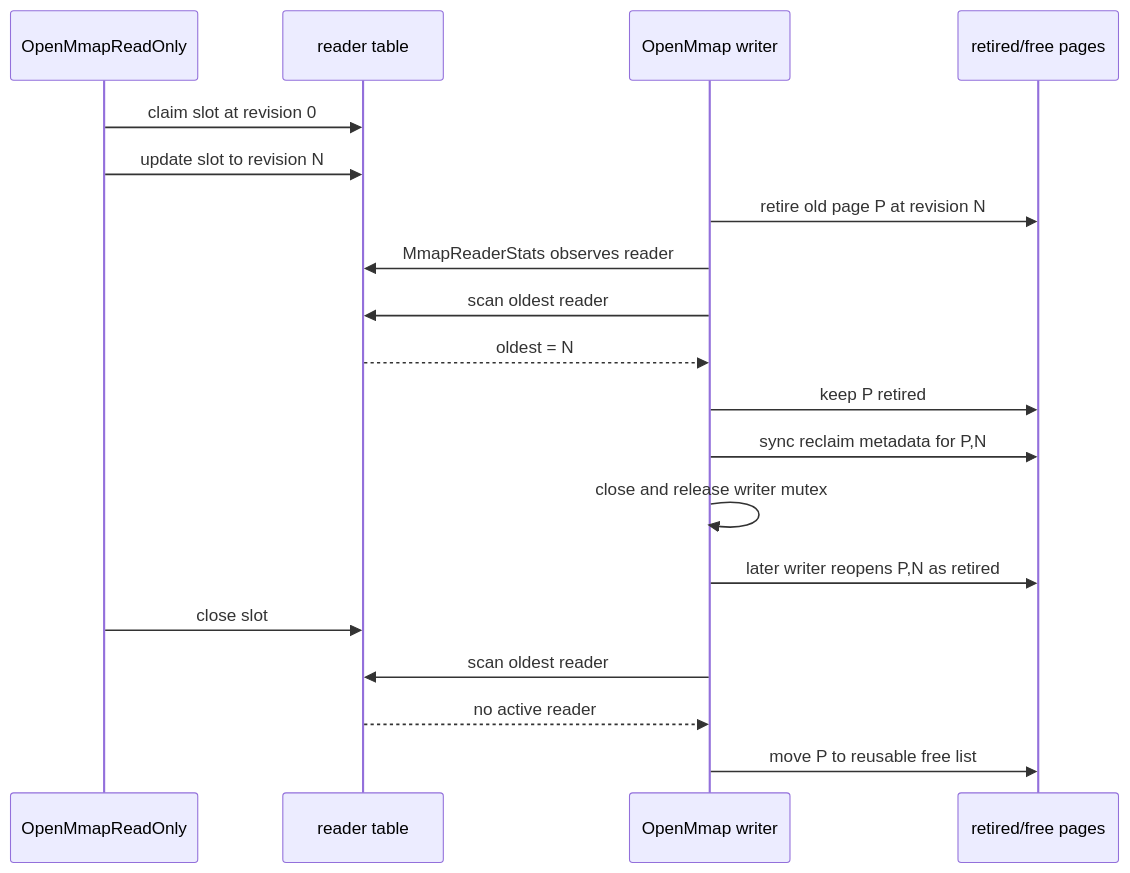
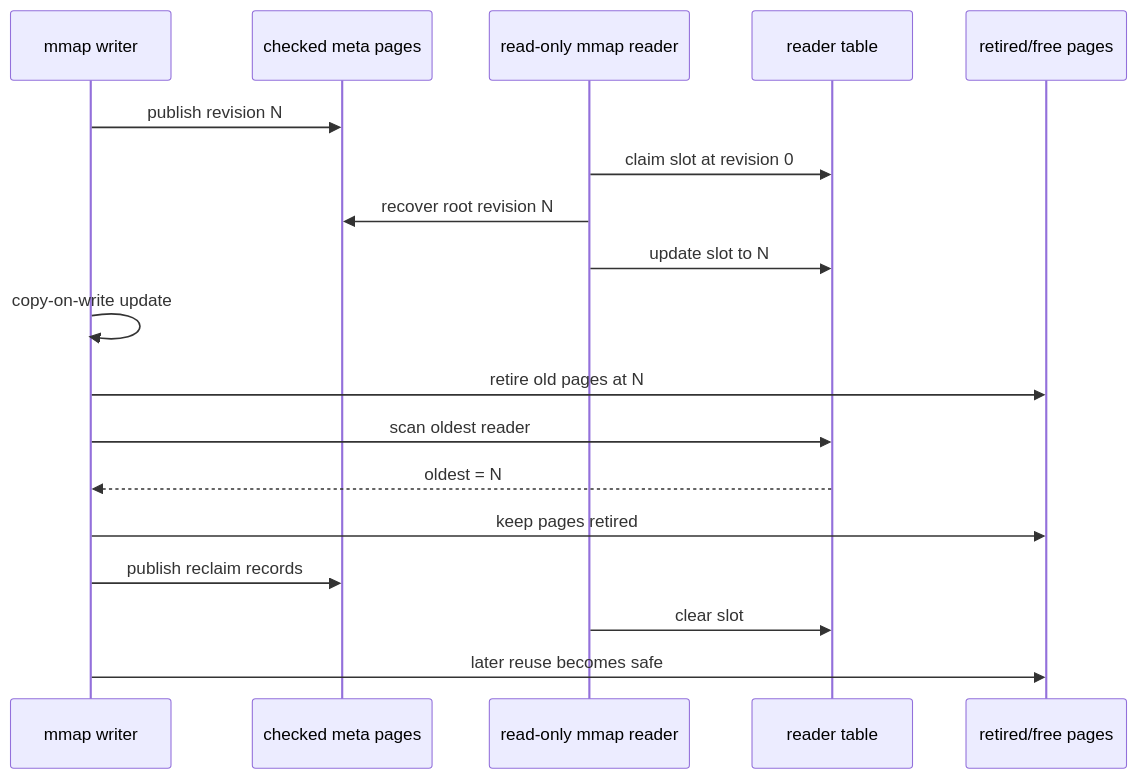
The second of 4 diagrams in docs/09-openldap-opendj-research.md (hadamrd/cow-btree-course), drawn with Mermaid before and after one commit. The commit also changed other lines of this file and 9 other files, not shown here.

````diff
--- a/docs/09-openldap-opendj-research.md
+++ b/docs/09-openldap-opendj-research.md
@@ -69,22 +84,21 @@
 ```mermaid
 sequenceDiagram
-    participant Reader as OpenMmapReadOnly
+    participant Writer as mmap writer
+    participant Meta as checked meta pages
+    participant Reader as read-only mmap reader
     participant Table as reader table
-    participant Writer as OpenMmap writer
     participant Free as retired/free pages
 
+    Writer->>Meta: publish revision N
     Reader->>Table: claim slot at revision 0
-    Reader->>Table: update slot to revision N
-    Writer->>Free: retire old page P at revision N
-    Writer->>Table: MmapReaderStats observes reader
+    Reader->>Meta: recover root revision N
+    Reader->>Table: update slot to N
+    Writer->>Writer: copy-on-write update
+    Writer->>Free: retire old pages at N
     Writer->>Table: scan oldest reader
     Table-->>Writer: oldest = N
-    Writer->>Free: keep P retired
-    Writer->>Free: sync reclaim metadata for P,N
-    Writer->>Writer: close and release writer mutex
-    Writer->>Free: later writer reopens P,N as retired
-    Reader->>Table: close slot
-    Writer->>Table: scan oldest reader
-    Table-->>Writer: no active reader
-    Writer->>Free: move P to reusable free list
+    Writer->>Free: keep pages retired
+    Writer->>Meta: publish reclaim records
+    Reader->>Table: clear slot
+    Writer->>Free: later reuse becomes safe
 ```
````
